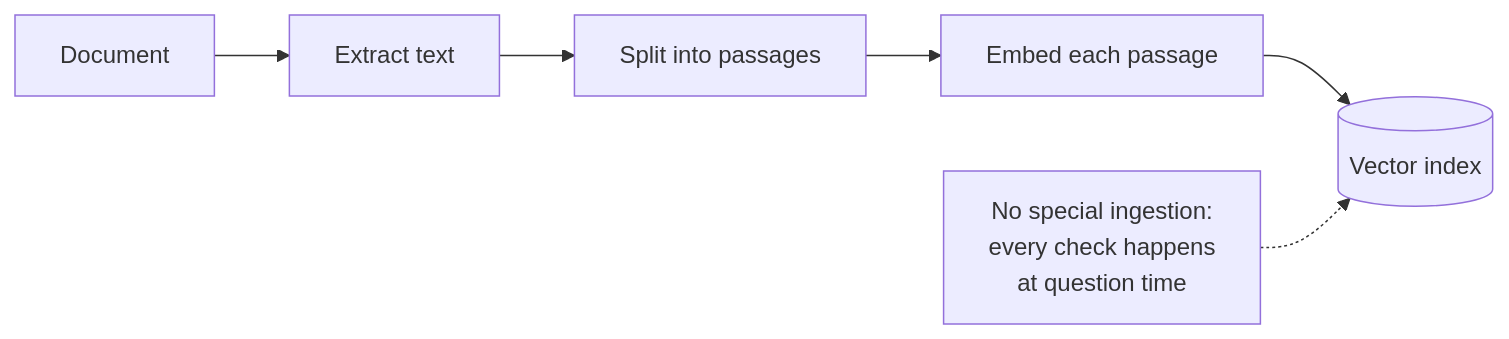
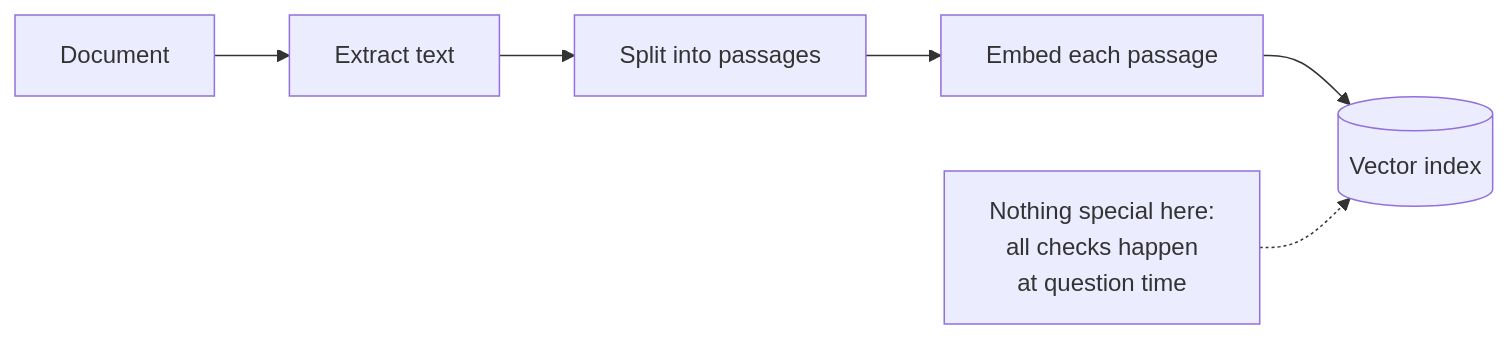
One commit to jjaaxx44/genai-personal-lab-rag changed the first of 2 diagrams in app/demos/rag/self_rag/README.md. Above: the diagram before and after it, drawn with Mermaid. The commit also changed other lines of this file and 32 other files, not shown here.

````diff
--- a/app/demos/rag/self_rag/README.md
+++ b/app/demos/rag/self_rag/README.md
@@ -23,8 +9,8 @@
 ```mermaid
 flowchart LR
   A["Document"] --> B["Extract text"]
   B --> C["Split into passages"]
   C --> D["Embed each passage"]
   D --> E[("Vector index")]
-  N["No special ingestion:<br/>every check happens<br/>at question time"] -.-> E
+  N["Nothing special here:<br/>all checks happen<br/>at question time"] -.-> E
 ```
````
